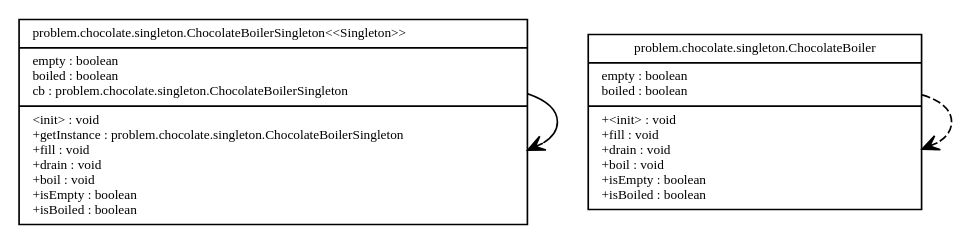
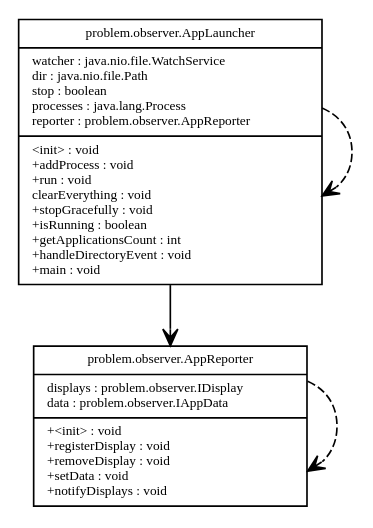
One commit to schnip/BluePizzaDiagrams changed the diagram in dot/out.dot. Above: the diagram before and after it, drawn with Graphviz.

```diff
--- a/dot/out.dot
+++ b/dot/out.dot
@@ -1,26 +1,26 @@
 digraph G {
 fontname = "Bitstream Vera Sans"
 fontsize = 8
 node [
 fontname = "Bitstream Vera Sans"
 fontsize = 8
 shape = "record"
 ]
 edge [
 fontname = "Bitstream Vera Sans"
 fontsize = 8
 ]
-problemchocolatesingletonChocolateBoilerSingleton [
-label = "{problem.chocolate.singleton.ChocolateBoilerSingleton
-\<\<Singleton\>\>\l|empty : boolean\lboiled : boolean\lcb : problem.chocolate.singleton.ChocolateBoilerSingleton\l|\<init\> : void\l+getInstance : problem.chocolate.singleton.ChocolateBoilerSingleton\l+fill : void\l+drain : void\l+boil : void\l+isEmpty : boolean\l+isBoiled : boolean\l}"
+problemobserverAppLauncher [
+label = "{problem.observer.AppLauncher|watcher : java.nio.file.WatchService\ldir : java.nio.file.Path\lstop : boolean\lprocesses : java.lang.Process\lreporter : problem.observer.AppReporter\l|\<init\> : void\l+addProcess : void\l+run : void\lclearEverything : void\l+stopGracefully : void\l+isRunning : boolean\l+getApplicationsCount : int\l+handleDirectoryEvent : void\l+main : void\l}"
 ]
-problemchocolatesingletonChocolateBoiler [
-label = "{problem.chocolate.singleton.ChocolateBoiler|empty : boolean\lboiled : boolean\l|+\<init\> : void\l+fill : void\l+drain : void\l+boil : void\l+isEmpty : boolean\l+isBoiled : boolean\l}"
+problemobserverAppReporter [
+label = "{problem.observer.AppReporter|displays : problem.observer.IDisplay\ldata : problem.observer.IAppData\l|+\<init\> : void\l+registerDisplay : void\l+removeDisplay : void\l+setData : void\l+notifyDisplays : void\l}"
 ]
 edge [ arrowhead = "empty", style = "none" ]
 edge [ arrowhead = "empty", style = "dashed" ]
 edge [ arrowhead = "vee", style = "dashed" ]
-problemchocolatesingletonChocolateBoiler -> problemchocolatesingletonChocolateBoiler
+problemobserverAppLauncher -> problemobserverAppLauncher
+problemobserverAppReporter -> problemobserverAppReporter
 edge [ arrowhead = "vee", style = "none" ]
-problemchocolatesingletonChocolateBoilerSingleton -> problemchocolatesingletonChocolateBoilerSingleton
+problemobserverAppLauncher -> problemobserverAppReporter
 }
```
